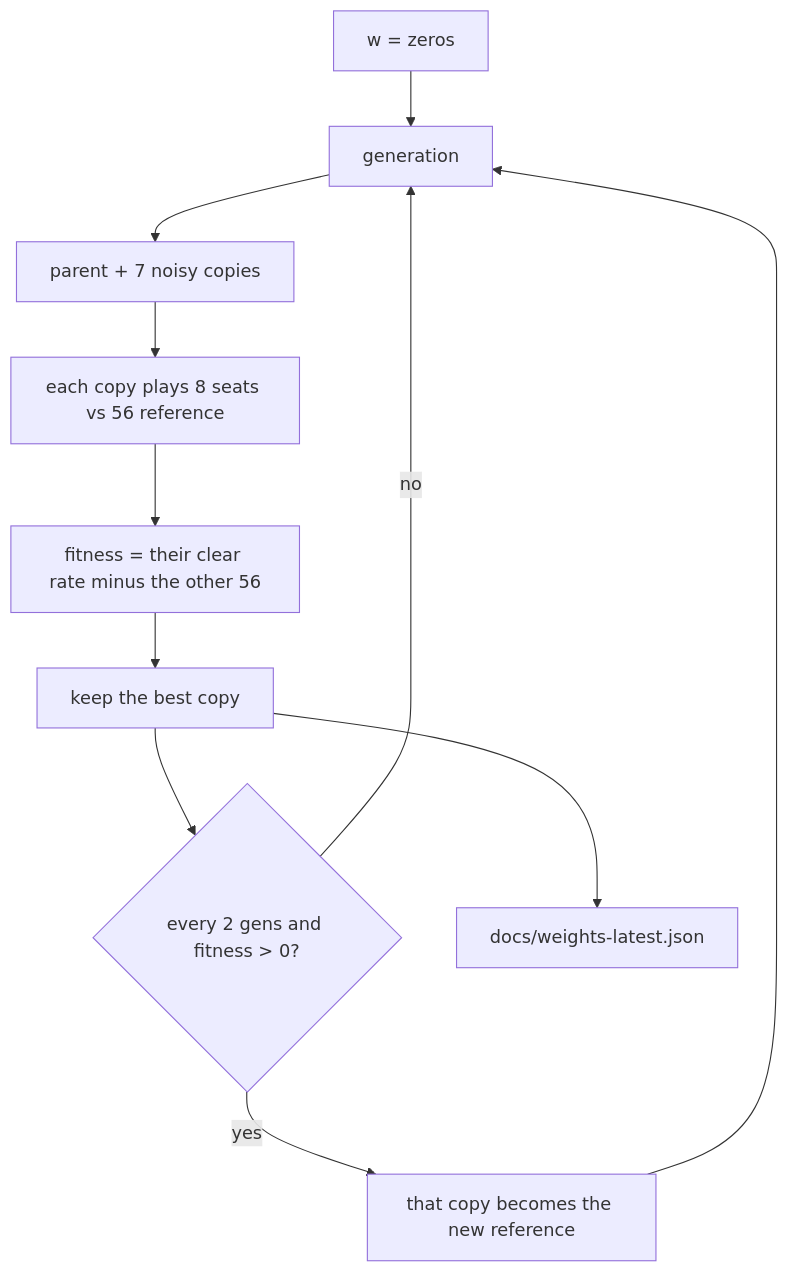
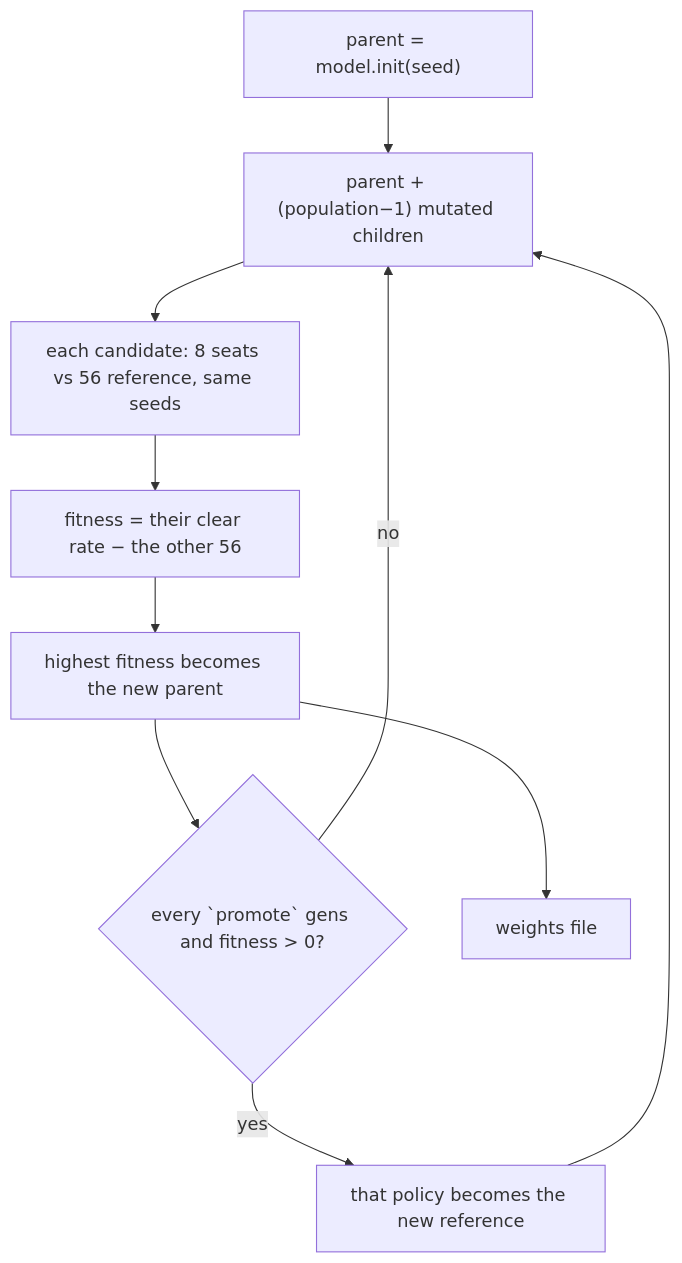
Before and after one commit to wojciech-stelmaszewski/tughluq: the fifth of 7 diagrams in docs/rl-explained.md, drawn with Mermaid. The commit also changed other lines of this file, not shown here.

````diff
--- a/docs/rl-explained.md
+++ b/docs/rl-explained.md
@@ -225,13 +308,12 @@
 ```mermaid
 flowchart TB
-  Z[w = zeros] --> G[generation]
-  G --> P[parent + 7 noisy copies]
-  P --> E[each copy plays 8 seats vs 56 reference]
-  E --> F[fitness = their clear rate minus the other 56]
-  F --> K[keep the best copy]
-  K --> R{every 2 gens and fitness > 0?}
-  R -->|yes| L[that copy becomes the new reference]
-  R -->|no| G
-  L --> G
-  K --> Out[docs/weights-latest.json]
+  Z["parent = model.init(seed)"] --> P["parent + (population−1) mutated children"]
+  P --> E["each candidate: 8 seats vs 56 reference, same seeds"]
+  E --> F["fitness = their clear rate − the other 56"]
+  F --> K[highest fitness becomes the new parent]
+  K --> R{"every `promote` gens and fitness > 0?"}
+  R -->|yes| L[that policy becomes the new reference]
+  R -->|no| P
+  L --> P
+  K --> Out[weights file]
 ```
````
